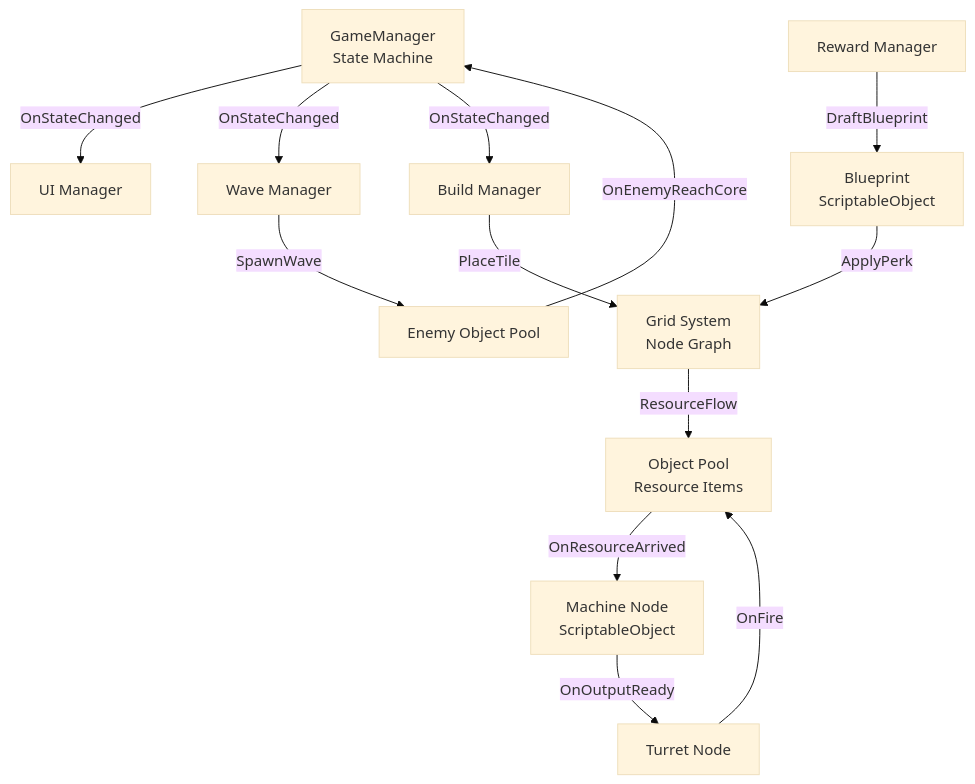
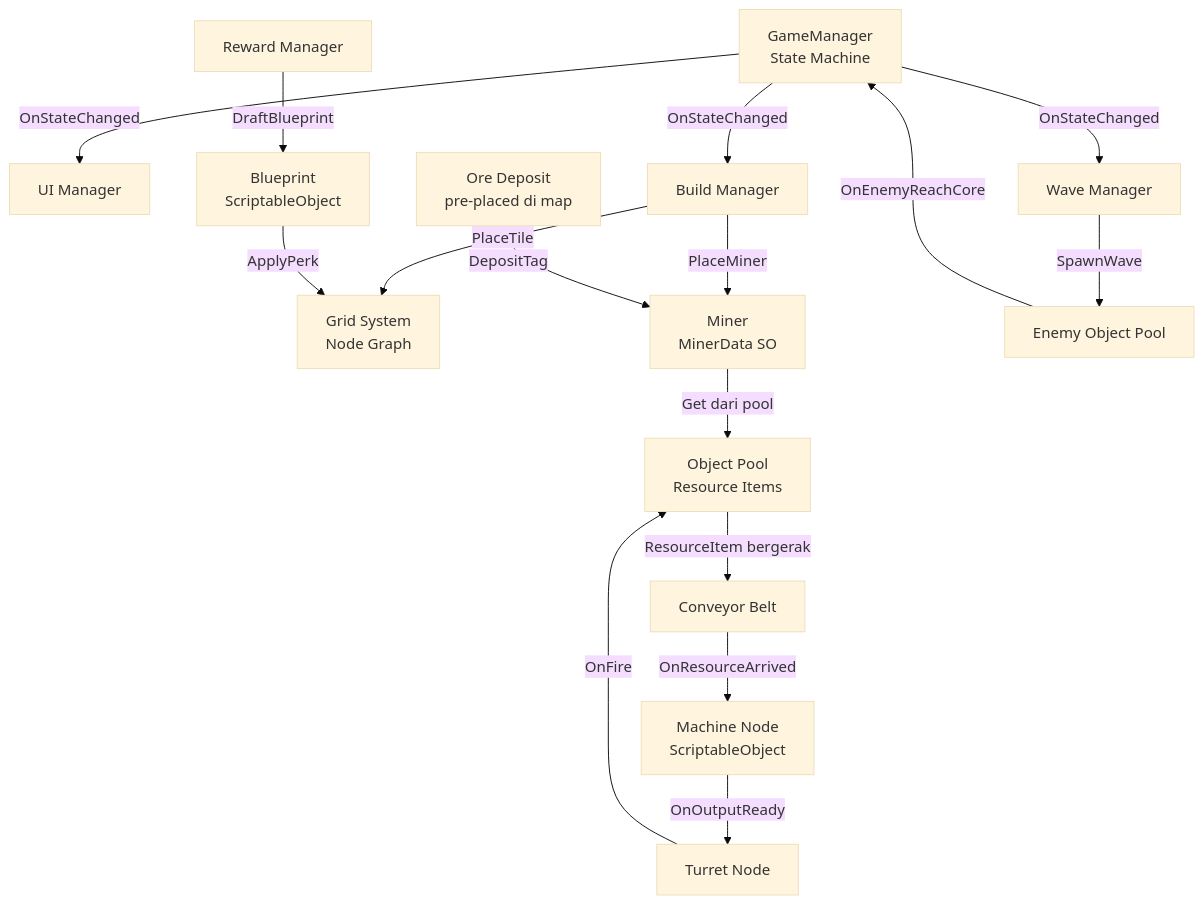
One commit to ramasii/Game-Development changed the diagram in Projects/Rama's TD/ManaForge - Overdrive.md. Above: the diagram before and after it, drawn with Mermaid (base theme). The commit also changed other lines of this file and 2 other files, not shown here.

````diff
--- a/Projects/Rama's TD/ManaForge - Overdrive.md
+++ b/Projects/Rama's TD/ManaForge - Overdrive.md
@@ -64,18 +68,22 @@
     ```mermaid
     graph TD
         GM[GameManager\nState Machine] -->|OnStateChanged| UI[UI Manager]
         GM -->|OnStateChanged| WM[Wave Manager]
         GM -->|OnStateChanged| BM[Build Manager]
 
         BM -->|PlaceTile| Grid[Grid System\nNode Graph]
-        Grid -->|ResourceFlow| Pool[Object Pool\nResource Items]
-        Pool -->|OnResourceArrived| Machine[Machine Node\nScriptableObject]
+        BM -->|PlaceMiner| Miner[Miner\nMinerData SO]
+
+        OreDeposit[Ore Deposit\npre-placed di map] -->|DepositTag| Miner
+        Miner -->|Get dari pool| Pool[Object Pool\nResource Items]
+        Pool -->|ResourceItem bergerak| Conv[Conveyor Belt]
+        Conv -->|OnResourceArrived| Machine[Machine Node\nScriptableObject]
         Machine -->|OnOutputReady| Turret[Turret Node]
         Turret -->|OnFire| Pool
 
         WM -->|SpawnWave| EnemyPool[Enemy Object Pool]
         EnemyPool -->|OnEnemyReachCore| GM
 
         RM[Reward Manager] -->|DraftBlueprint| SO[Blueprint\nScriptableObject]
         SO -->|ApplyPerk| Grid
     ```
````
